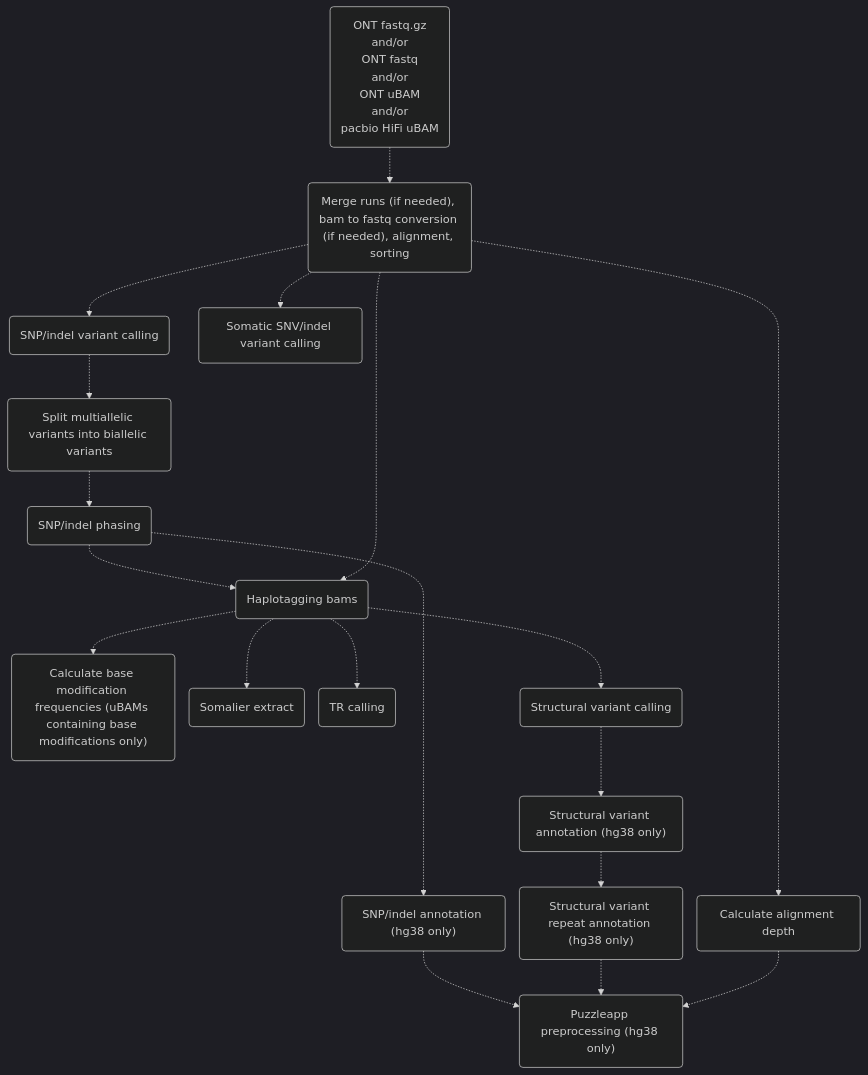
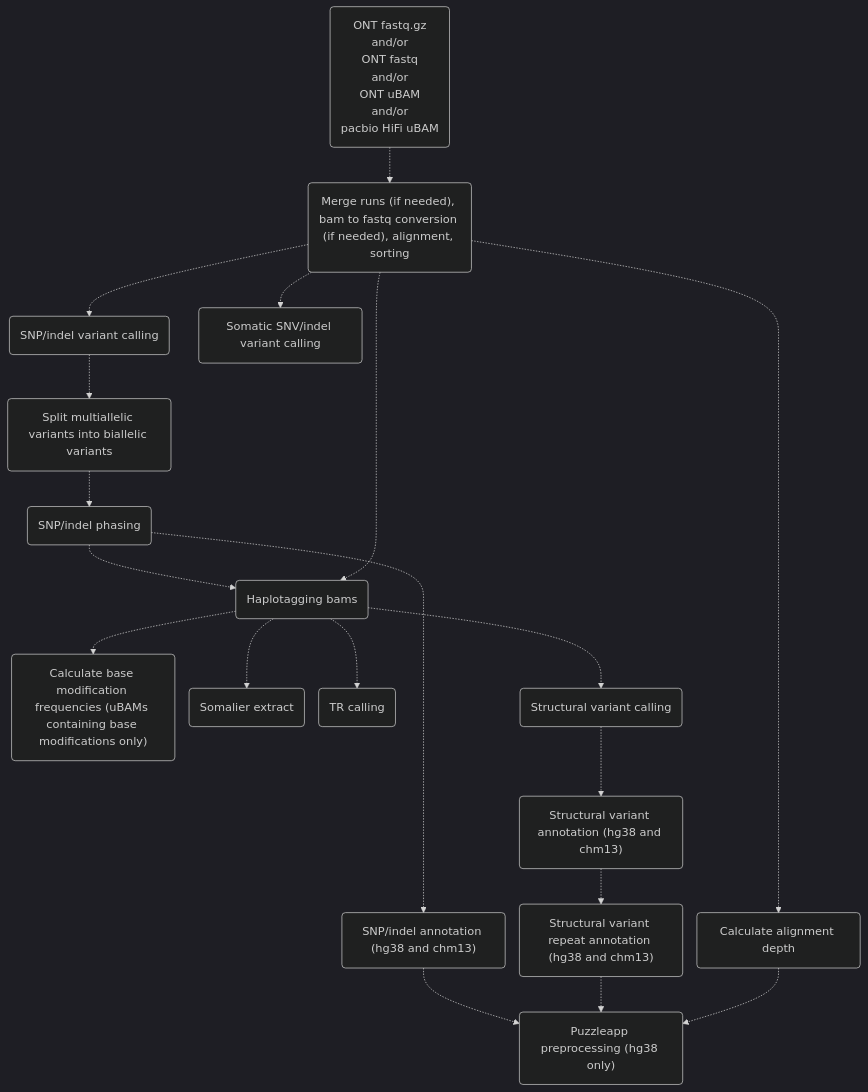
Before and after one commit to leahkemp/pipeface: the first of 3 diagrams in docs/pipeface/info.md, drawn with Mermaid. The commit also changed other lines of this file and 14 other files, not shown here.

Commit message:
chm13 annotation (#118)

````diff
--- a/docs/pipeface/info.md
+++ b/docs/pipeface/info.md
@@ -7,33 +7,33 @@
 ```mermaid
 %%{init:{'theme':'dark','themeVariables':{'fontSize':'11'},'flowchart':{'nodeSpacing':20}}}%%
 flowchart TB
 
 input_data("ONT fastq.gz <br> and/or <br> ONT fastq <br> and/or <br> ONT uBAM <br> and/or <br> pacbio HiFi uBAM")
 alignment("Merge runs (if needed), bam to fastq conversion (if needed), alignment, sorting")
 depth("Calculate alignment depth")
 snp_indel_calling("SNP/indel variant calling")
 somatic_calling("Somatic SNV/indel variant calling")
 split_multiallele("Split multiallelic variants into biallelic variants")
 snp_indel_phasing("SNP/indel phasing")
-snp_indel_annotation("SNP/indel annotation (hg38 only)")
+snp_indel_annotation("SNP/indel annotation (hg38 and chm13)")
 haplotagging("Haplotagging bams")
 calculate_base_mod_freqs("Calculate base modification frequencies (uBAMs containing base modifications only)")
 somalier("Somalier extract")
 tr_calling("TR calling")
 sv_calling("Structural variant calling")
-sv_annotation("Structural variant annotation (hg38 only)")
-sv_repeat_annotation("Structural variant repeat annotation (hg38 only)")
+sv_annotation("Structural variant annotation (hg38 and chm13)")
+sv_repeat_annotation("Structural variant repeat annotation (hg38 and chm13)")
 puzzleapp_preprocessing("Puzzleapp preprocessing (hg38 only)")
 
 input_data-.->alignment-.->snp_indel_calling-.->split_multiallele-.->snp_indel_phasing-.->haplotagging-.->sv_calling
 alignment-.->depth
 alignment-.->somatic_calling
 alignment-.->haplotagging
 haplotagging-.->calculate_base_mod_freqs
 haplotagging-.->somalier
 haplotagging-.->tr_calling
 snp_indel_phasing-.->snp_indel_annotation-.->puzzleapp_preprocessing
 sv_calling-.->sv_annotation-.->sv_repeat_annotation-.->puzzleapp_preprocessing
 depth-.->puzzleapp_preprocessing
 
 ```
````
